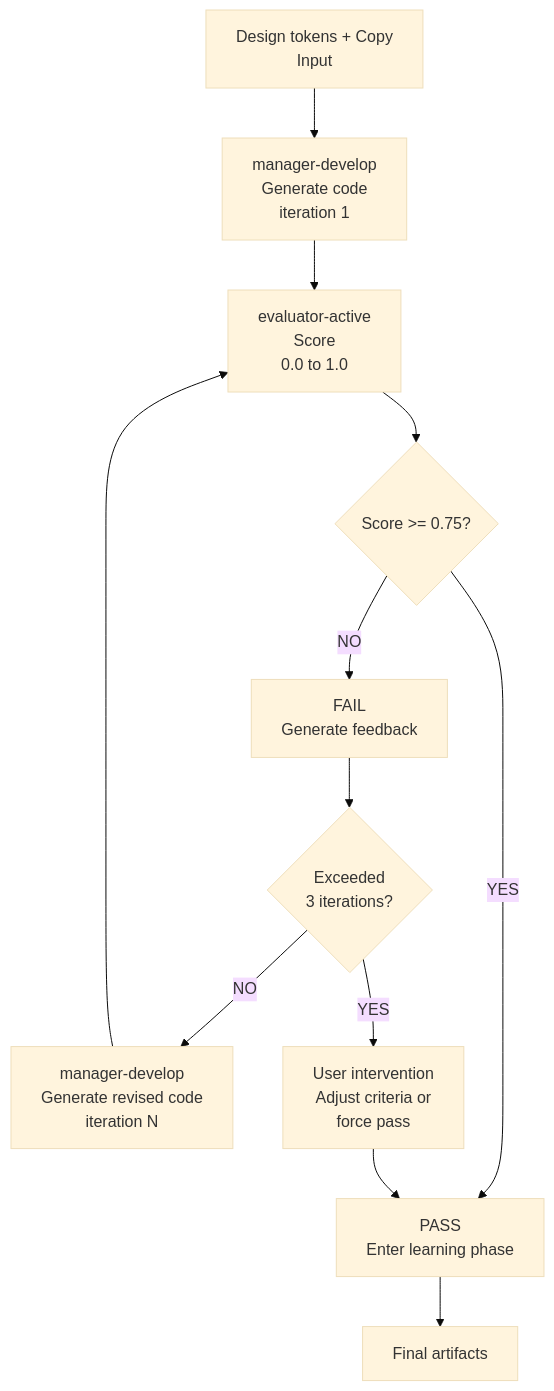
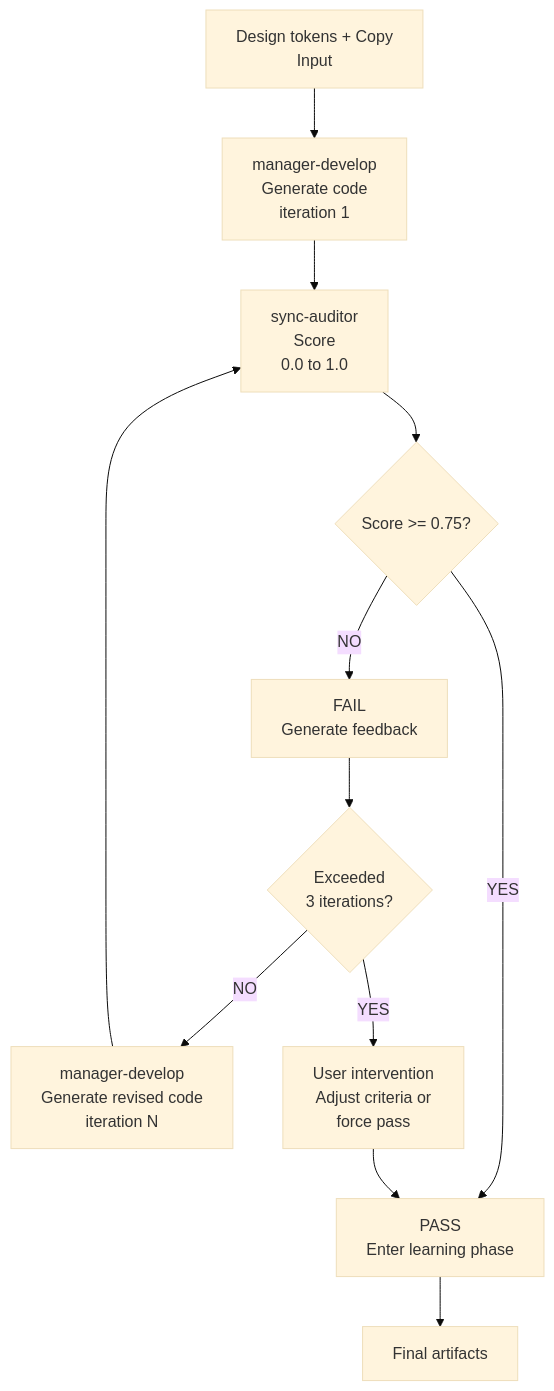
Before and after one commit to modu-ai/moai-adk: the diagram in docs-site/content/en/design/gan-loop.md, drawn with Mermaid (base theme). The commit also changed other lines of this file and 149 other files, not shown here.

First line of the commit message:
chore(agents): evaluator-active를 sync-auditor로 rename (plan-auditor phase 대칭)

````diff
--- a/docs-site/content/en/design/gan-loop.md
+++ b/docs-site/content/en/design/gan-loop.md
@@ -14,14 +14,14 @@
 ```mermaid
 flowchart TD
     A["Design tokens + Copy<br>Input"] --> B["manager-develop<br>Generate code<br>iteration 1"]
-    B --> C["evaluator-active<br>Score<br>0.0 to 1.0"]
+    B --> C["sync-auditor<br>Score<br>0.0 to 1.0"]
     C --> D{Score >= 0.75?}
     D -->|YES| E["PASS<br>Enter learning phase"]
     D -->|NO| F["FAIL<br>Generate feedback"]
     F --> G{Exceeded<br>3 iterations?}
     G -->|NO| H["manager-develop<br>Generate revised code<br>iteration N"]
     H --> C
     G -->|YES| I["User intervention<br>Adjust criteria or<br>force pass"]
     I --> E
     E --> J["Final artifacts"]
 ```
````
